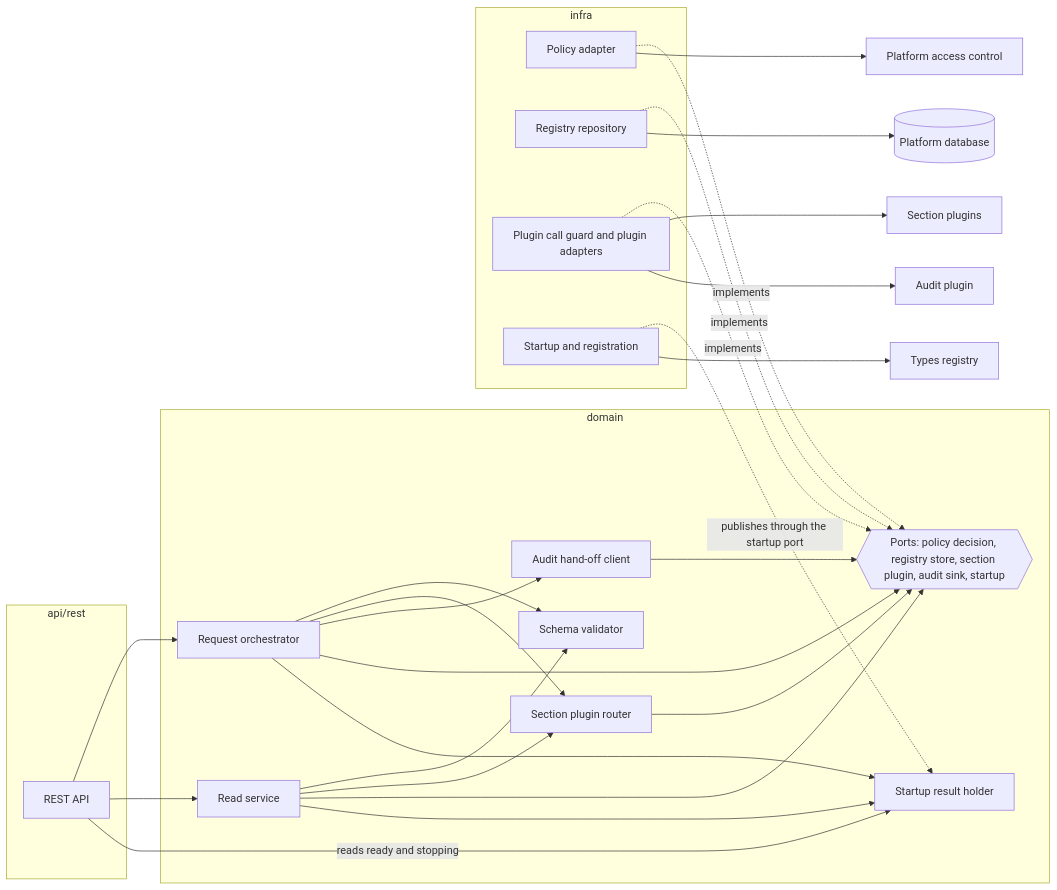
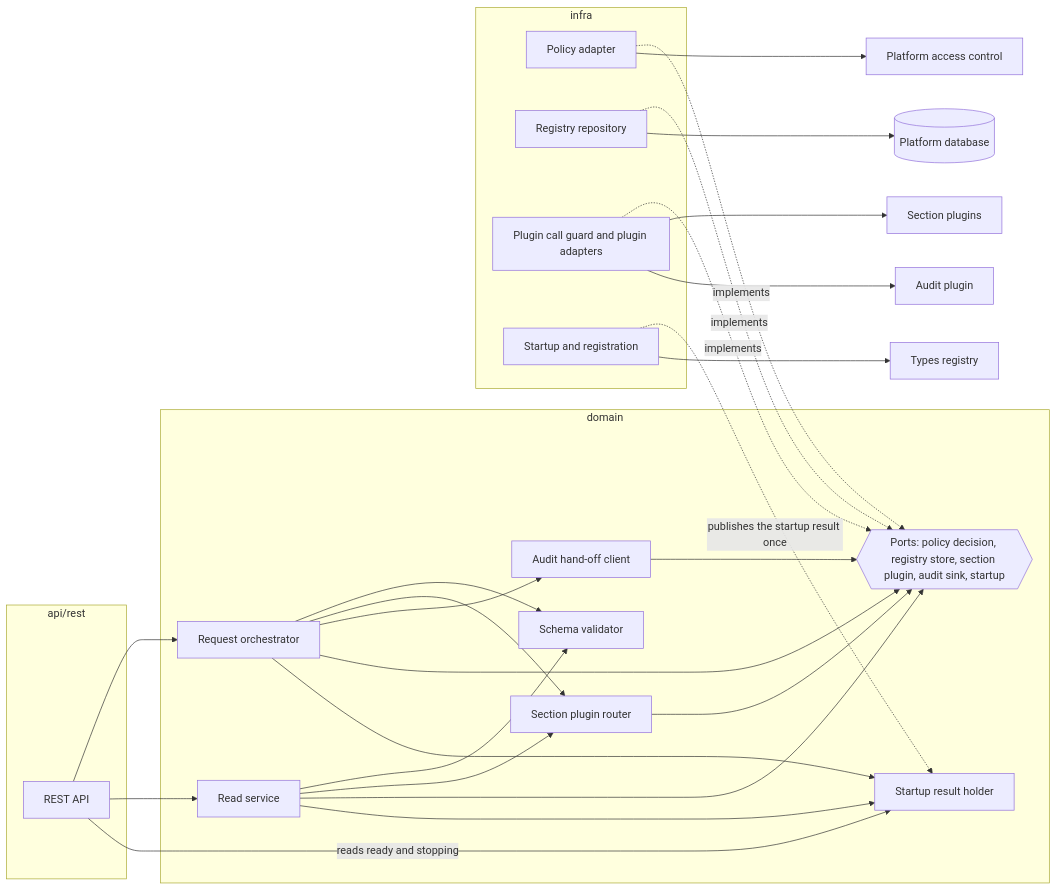
Before and after one commit to CommName/gears-rust: the second of 9 diagrams in gears/system/application-manager/docs/DESIGN.md, drawn with Mermaid. The commit also changed other lines of this file and 25 other files, not shown here.

````diff
--- a/gears/system/application-manager/docs/DESIGN.md
+++ b/gears/system/application-manager/docs/DESIGN.md
@@ -426,44 +427,44 @@
 ```mermaid
 graph LR
     subgraph APIL["api/rest"]
         REST[REST API]
     end
     subgraph DOML["domain"]
         ORC[Request orchestrator]
         RS[Read service]
         VAL[Schema validator]
         SPR[Section plugin router]
         AUD[Audit hand-off client]
         SRH[Startup result holder]
         PORTS{{"Ports: policy decision, registry store, section plugin, audit sink, startup"}}
     end
     subgraph INFL["infra"]
         POL[Policy adapter]
         REG[Registry repository]
         GUARD[Plugin call guard and plugin adapters]
         START[Startup and registration]
     end
     REST --> ORC
     REST --> RS
     ORC --> VAL
     RS --> VAL
     ORC --> SPR
     RS --> SPR
     ORC --> AUD
     ORC --> PORTS
     RS --> PORTS
     SPR --> PORTS
     AUD --> PORTS
     POL -. implements .-> PORTS
     REG -. implements .-> PORTS
     GUARD -. implements .-> PORTS
-    START -.->|"publishes through the startup port"| SRH
+    START -.->|"publishes the startup result once"| SRH
     REST -->|"reads ready and stopping"| SRH
     ORC --> SRH
     RS --> SRH
     GUARD --> SP[Section plugins]
     GUARD --> AP[Audit plugin]
     POL --> PDP[Platform access control]
     REG --> DB[(Platform database)]
     START --> TY[Types registry]
 ```
````
